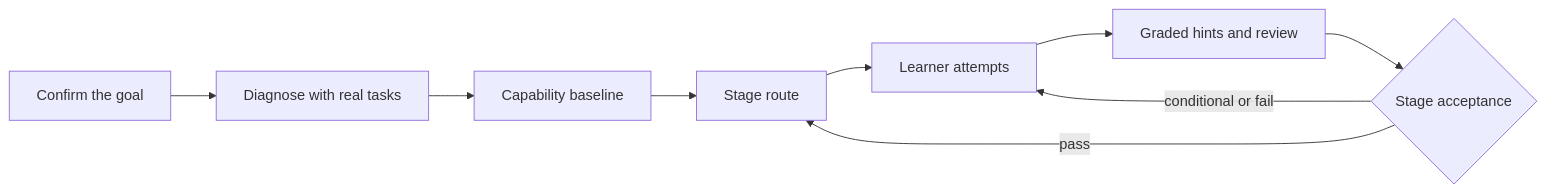
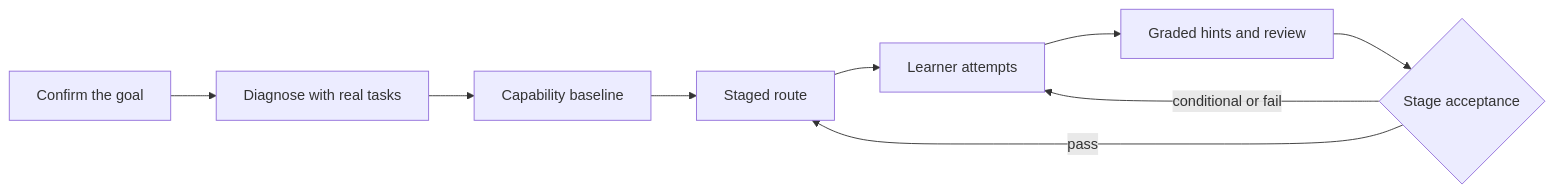
Before and after one commit to Kirisame1969/dsh-project-based-learning: the diagram in README.en.md, drawn with Mermaid. The commit also changed other lines of this file and 35 other files, not shown here.

````diff
--- a/README.en.md
+++ b/README.en.md
@@ -108,7 +128,7 @@
 ```mermaid
 flowchart LR
-    A["Confirm the goal"] --> B["Diagnose with real tasks"] --> C["Capability baseline"] --> D["Stage route"]
+    A["Confirm the goal"] --> B["Diagnose with real tasks"] --> C["Capability baseline"] --> D["Staged route"]
     D --> E["Learner attempts"] --> F["Graded hints and review"] --> G{"Stage acceptance"}
     G -->|pass| D
     G -->|conditional or fail| E
 ```
````
